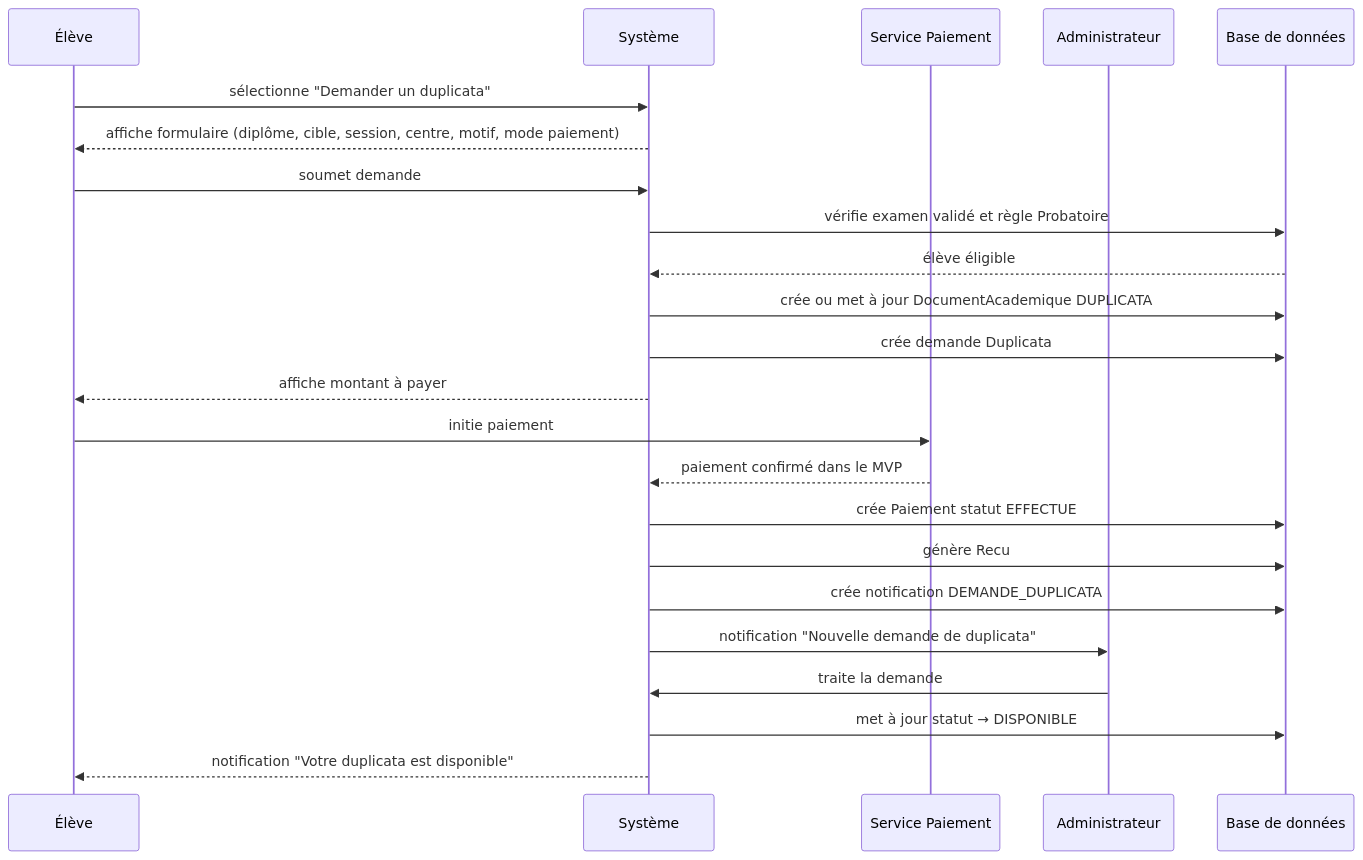
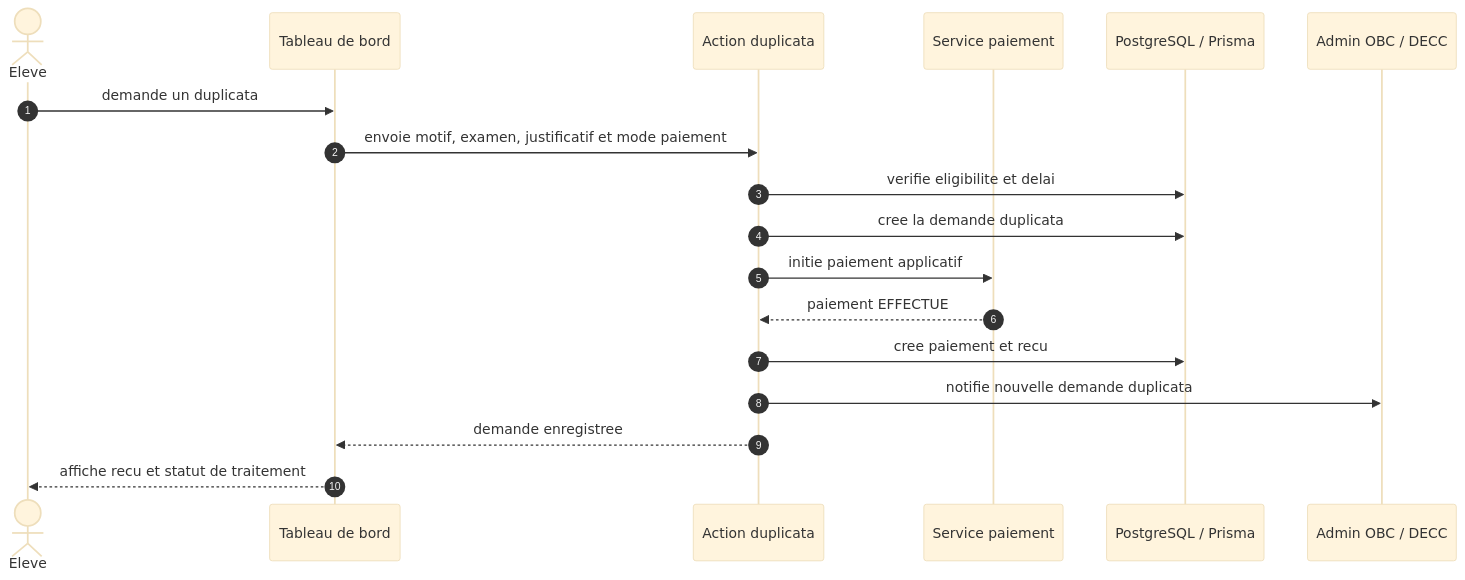
One commit to yoppanjikamf/application-demande-document-academique changed the seventh of 11 diagrams in docs/diagrammes_uml_mis_a_jour.md. Above: the diagram before and after it, drawn with Mermaid. The commit also changed other lines of this file and 445 other files, not shown here.

````diff
--- a/docs/diagrammes_uml_mis_a_jour.md
+++ b/docs/diagrammes_uml_mis_a_jour.md
@@ -535,26 +549,22 @@
 ```mermaid
+%%{init: {"theme": "base", "themeVariables": {"fontFamily": "Arial", "fontSize": "20px"}}}%%
 sequenceDiagram
-    participant Eleve as Élève
-    participant Systeme as Système
-    participant Paiement as Service Paiement
-    participant Admin as Administrateur
-    participant BDD as Base de données
+    autonumber
+    actor Eleve
+    participant UI as Tableau de bord
+    participant API as Action duplicata
+    participant Pay as Service paiement
+    participant DB as PostgreSQL / Prisma
+    participant Admin as Admin OBC / DECC
 
-    Eleve->>Systeme: sélectionne "Demander un duplicata"
-    Systeme-->>Eleve: affiche formulaire (diplôme, cible, session, centre, motif, mode paiement)
-    Eleve->>Systeme: soumet demande
-    Systeme->>BDD: vérifie examen validé et règle Probatoire
-    BDD-->>Systeme: élève éligible
-    Systeme->>BDD: crée ou met à jour DocumentAcademique DUPLICATA
-    Systeme->>BDD: crée demande Duplicata
-    Systeme-->>Eleve: affiche montant à payer
-    Eleve->>Paiement: initie paiement
-    Paiement-->>Systeme: paiement confirmé dans le MVP
-    Systeme->>BDD: crée Paiement statut EFFECTUE
-    Systeme->>BDD: génère Recu
-    Systeme->>BDD: crée notification DEMANDE_DUPLICATA
-    Systeme->>Admin: notification "Nouvelle demande de duplicata"
-    Admin->>Systeme: traite la demande
-    Systeme->>BDD: met à jour statut → DISPONIBLE
-    Systeme-->>Eleve: notification "Votre duplicata est disponible"
+    Eleve->>UI: demande un duplicata
+    UI->>API: envoie motif, examen, justificatif et mode paiement
+    API->>DB: verifie eligibilite et delai
+    API->>DB: cree la demande duplicata
+    API->>Pay: initie paiement applicatif
+    Pay-->>API: paiement EFFECTUE
+    API->>DB: cree paiement et recu
+    API->>Admin: notifie nouvelle demande duplicata
+    API-->>UI: demande enregistree
+    UI-->>Eleve: affiche recu et statut de traitement
 ```
````
